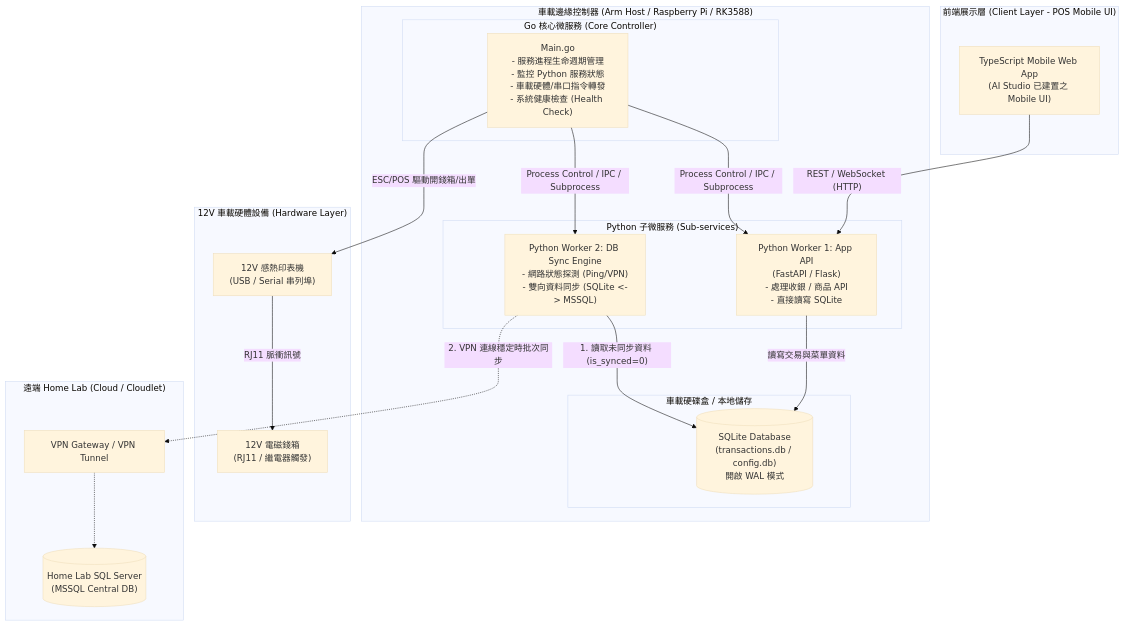
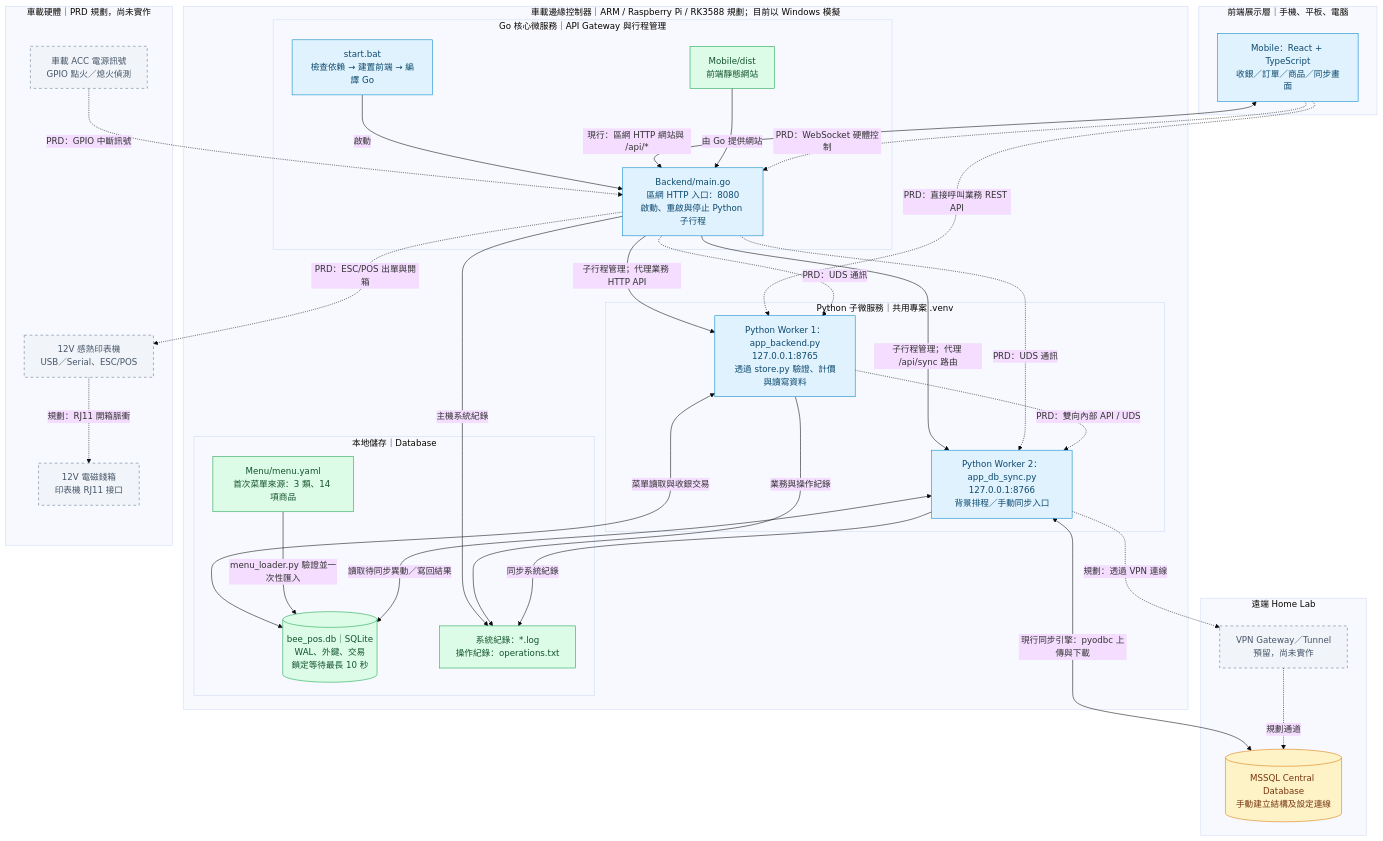
One commit to x16472/BeePOS changed the first of 3 diagrams in README.md. Above: the diagram before and after it, drawn with Mermaid (base theme). The commit also changed other lines of this file and 2 other files, not shown here.

Commit message:
refactor: 更新 PRD 與 README.md，調整系統架構圖與初始化流程說明

````diff
--- a/README.md
+++ b/README.md
@@ -33,50 +25,69 @@
 ```mermaid
 flowchart TD
-    %% 前端與 UI 區塊
-    subgraph Client_Layer ["前端展示層 (Client Layer - POS Mobile UI)"]
-        UI["TypeScript Mobile Web App<br/>(AI Studio 已建置之 Mobile UI)"]
+    subgraph Client_Layer["前端展示層｜手機、平板、電腦"]
+        UI["Mobile：React + TypeScript<br/>收銀／訂單／商品／同步畫面"]
     end
 
-    %% Arm 控制主機區塊
-    subgraph Edge_Arm_Server ["車載邊緣控制器 (Arm Host / Raspberry Pi / RK3588)"]
-        
-        subgraph Go_Core ["Go 核心微服務 (Core Controller)"]
-            MAINGO["Main.go<br/>- 服務進程生命週期管理<br/>- 監控 Python 服務狀態<br/>- 車載硬體/串口指令轉發<br/>- 系統健康檢查 (Health Check)"]
+    subgraph Edge_Arm_Server["車載邊緣控制器｜ARM / Raspberry Pi / RK3588 規劃；目前以 Windows 模擬"]
+        subgraph Go_Core["Go 核心微服務｜API Gateway 與行程管理"]
+            START["start.bat<br/>檢查依賴 → 建置前端 → 編譯 Go"]
+            MAINGO["Backend/main.go<br/>區網 HTTP 入口：8080<br/>啟動、重啟與停止 Python 子行程"]
+            DIST["Mobile/dist<br/>前端靜態網站"]
         end
 
-        subgraph Python_Workers ["Python 子微服務 (Sub-services)"]
-            PY_API["Python Worker 1: App API<br/>(FastAPI / Flask)<br/>- 處理收銀 / 商品 API<br/>- 直接讀寫 SQLite"]
-            PY_SYNC["Python Worker 2: DB Sync Engine<br/>- 網路狀態探測 (Ping/VPN)<br/>- 雙向資料同步 (SQLite <-> MSSQL)"]
+        subgraph Python_Workers["Python 子微服務｜共用專案 .venv"]
+            PY_API["Python Worker 1：app_backend.py<br/>127.0.0.1:8765<br/>透過 store.py 驗證、計價與讀寫資料"]
+            PY_SYNC["Python Worker 2：app_db_sync.py<br/>127.0.0.1:8766<br/>背景排程／手動同步入口"]
         end
 
-        subgraph Local_Storage ["車載硬碟盒 / 本地儲存"]
-            SQLITE[("SQLite Database<br/>(transactions.db / config.db)<br/>開啟 WAL 模式")]
+        subgraph Local_Storage["本地儲存｜Database"]
+            MENU["Menu/menu.yaml<br/>首次菜單來源：3 類、14 項商品"]
+            SQLITE[("bee_pos.db｜SQLite<br/>WAL、外鍵、交易<br/>鎖定等待最長 10 秒")]
+            LOG["系統紀錄：*.log<br/>操作紀錄：operations.txt"]
         end
     end
 
-    %% 車載實體硬體
-    subgraph Vehicle_Hardware ["12V 車載硬體設備 (Hardware Layer)"]
-        PRINTER["12V 感熱印表機<br/>(USB / Serial 串列埠)"]
-        DRAWER["12V 電磁錢箱<br/>(RJ11 / 繼電器觸發)"]
+    subgraph Vehicle_Hardware["車載硬體｜PRD 規劃，尚未實作"]
+        ACC["車載 ACC 電源訊號<br/>GPIO 點火／熄火偵測"]
+        PRINTER["12V 感熱印表機<br/>USB／Serial、ESC/POS"]
+        DRAWER["12V 電磁錢箱<br/>印表機 RJ11 接口"]
     end
 
-    %% 遠端 Home Lab
-    subgraph Home_Lab ["遠端 Home Lab (Cloud / Cloudlet)"]
-        VPN["VPN Gateway / VPN Tunnel"]
-        MSSQL[("Home Lab SQL Server<br/>(MSSQL Central DB)")]
+    subgraph Home_Lab["遠端 Home Lab"]
+        MSSQL[("MSSQL Central Database<br/>手動建立結構及設定連線")]
+        VPN["VPN Gateway／Tunnel<br/>預留，尚未實作"]
     end
 
-    %% 連線關係
-    UI -- "REST / WebSocket (HTTP)" --> PY_API
-    MAINGO -- "Process Control / IPC / Subprocess" --> PY_API
-    MAINGO -- "Process Control / IPC / Subprocess" --> PY_SYNC
-    
-    PY_API -- "讀寫交易與菜單資料" --> SQLITE
-    PY_SYNC -- "1. 讀取未同步資料 (is_synced=0)" --> SQLITE
-    
-    PY_SYNC -. "2. VPN 連線穩定時批次同步" .-> VPN
-    VPN -.-> MSSQL
+    START -->|"啟動"| MAINGO
+    UI <-->|"現行：區網 HTTP 網站與 /api/*"| MAINGO
+    DIST -->|"由 Go 提供網站"| MAINGO
+    MAINGO -->|"子行程管理；代理業務 HTTP API"| PY_API
+    MAINGO -->|"子行程管理；代理 /api/sync 路由"| PY_SYNC
+    PY_API <-->|"菜單讀取與收銀交易"| SQLITE
+    MENU -->|"menu_loader.py 驗證並一次性匯入"| SQLITE
+    PY_SYNC <-->|"讀取待同步異動／寫回結果"| SQLITE
+    PY_SYNC <-->|"現行同步引擎：pyodbc 上傳與下載"| MSSQL
+    MAINGO -->|"主機系統紀錄"| LOG
+    PY_API -->|"業務與操作紀錄"| LOG
+    PY_SYNC -->|"同步系統紀錄"| LOG
 
-    MAINGO -- "ESC/POS 驅動開錢箱/出單" --> PRINTER
-    PRINTER -- "RJ11 脈衝訊號" --> DRAWER
+    UI -.->|"PRD：直接呼叫業務 REST API"| PY_API
+    UI -.->|"PRD：WebSocket 硬體控制"| MAINGO
+    MAINGO -.->|"PRD：UDS 通訊"| PY_API
+    MAINGO -.->|"PRD：UDS 通訊"| PY_SYNC
+    PY_API -.->|"PRD：雙向內部 API / UDS"| PY_SYNC
+    ACC -.->|"PRD：GPIO 中斷訊號"| MAINGO
+    MAINGO -.->|"PRD：ESC/POS 出單與開箱"| PRINTER
+    PRINTER -.->|"規劃：RJ11 開箱脈衝"| DRAWER
+    PY_SYNC -.->|"規劃：透過 VPN 連線"| VPN
+    VPN -.->|"規劃通道"| MSSQL
+
+    classDef service fill:#e0f2fe,stroke:#0284c7,color:#0c4a6e
+    classDef storage fill:#dcfce7,stroke:#16a34a,color:#14532d
+    classDef remote fill:#fef3c7,stroke:#d97706,color:#78350f
+    classDef planned fill:#f1f5f9,stroke:#64748b,color:#475569,stroke-dasharray:5 5
+    class UI,START,MAINGO,PY_API,PY_SYNC service
+    class DIST,MENU,SQLITE,LOG storage
+    class MSSQL remote
+    class ACC,PRINTER,DRAWER,VPN planned
 ```
````
